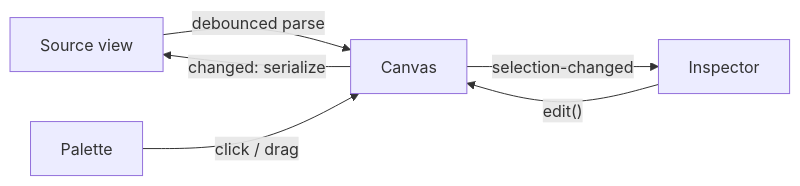
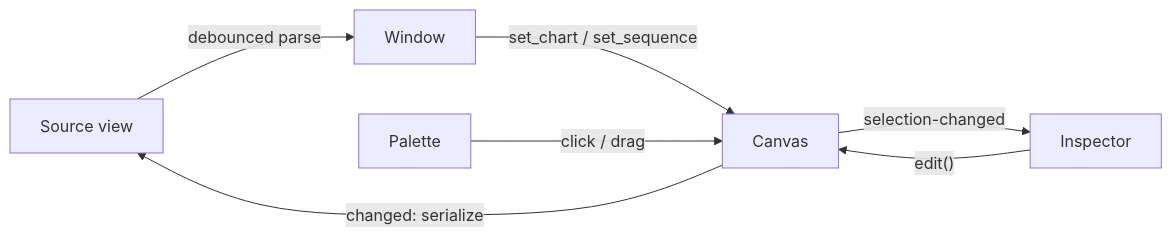
The diagram in docs/ARCHITECTURE.md (brpaz/reefgraph), drawn with Mermaid before and after one commit. The commit also changed other lines of this file and 1 other file, not shown here.

Commit message:
docs: document sequence diagram editing

````diff
--- a/docs/ARCHITECTURE.md
+++ b/docs/ARCHITECTURE.md
@@ -33,8 +34,9 @@
 ```mermaid
 flowchart LR
-    Text[Source view] -- "debounced parse" --> Canvas
+    Text[Source view] -- "debounced parse" --> Window
+    Window -- "set_chart / set_sequence" --> Canvas
     Canvas -- "changed: serialize" --> Text
     Palette -- "click / drag" --> Canvas
     Inspector -- "edit()" --> Canvas
     Canvas -- "selection-changed" --> Inspector
 ```
````
